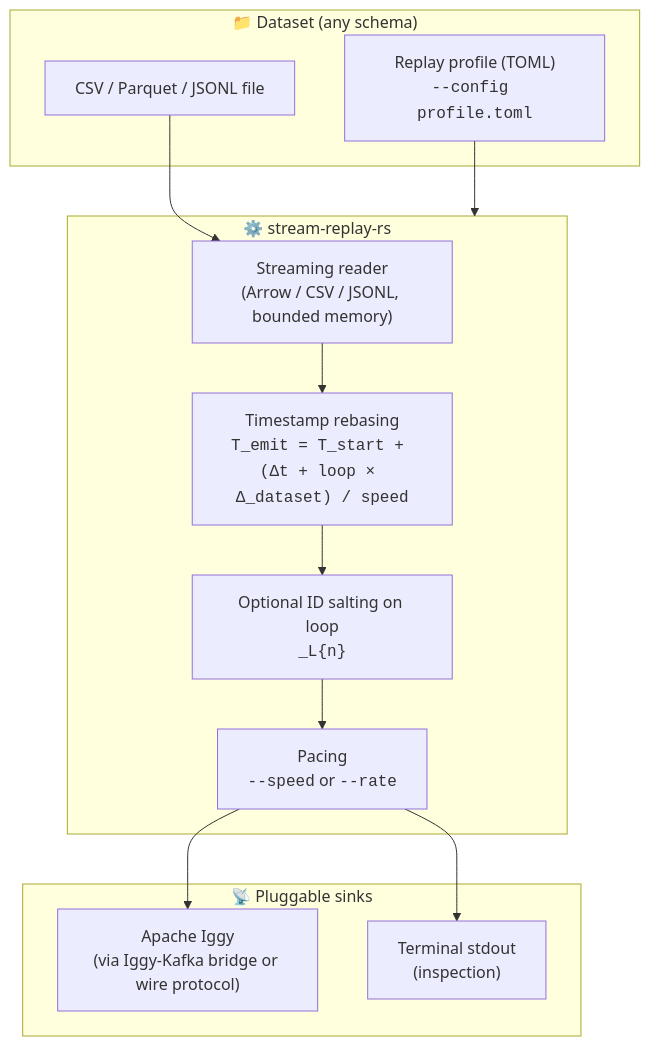
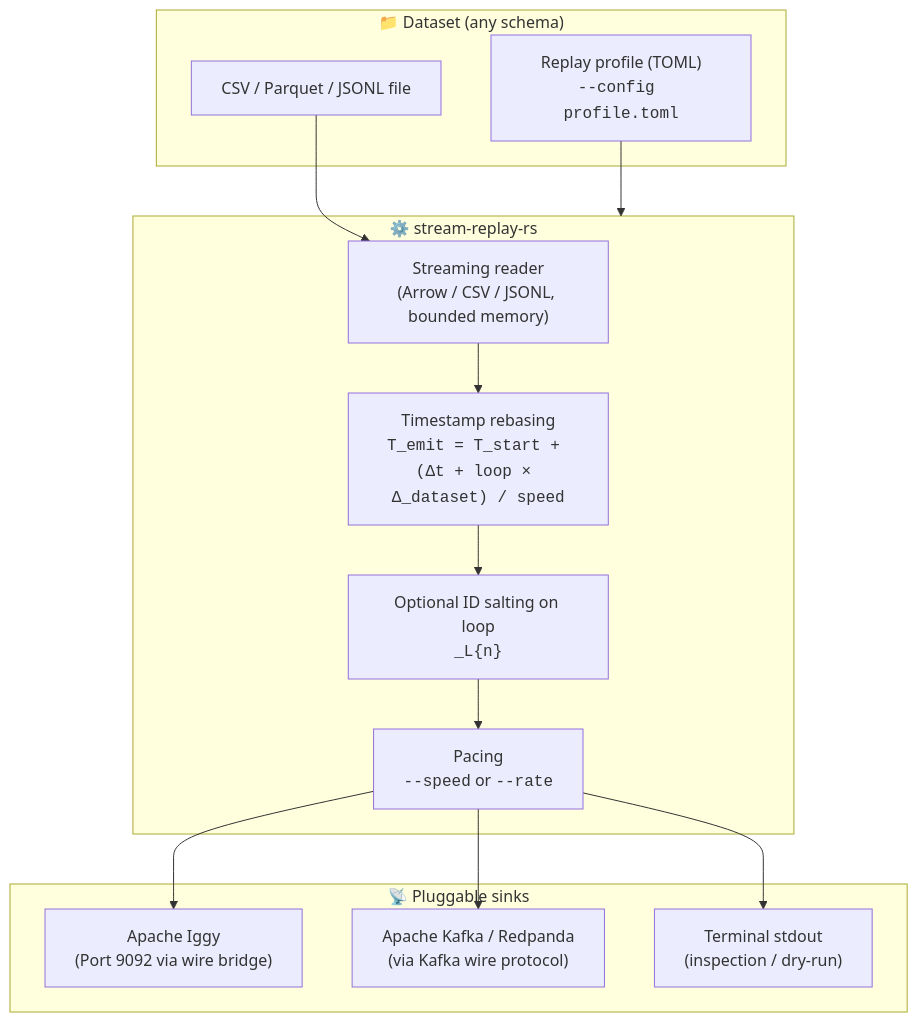
Before and after one commit to reidlai/stream-replay-rs: the diagram in README.md, drawn with Mermaid. The commit also changed other lines of this file and 4 other files, not shown here.

Commit message:
docs(sinks): document and expose iggy, kafka, and stdout sinks

````diff
--- a/README.md
+++ b/README.md
@@ -18,25 +18,27 @@
 ```mermaid
 flowchart TD
     subgraph Input ["📁 Dataset (any schema)"]
         Dataset["CSV / Parquet / JSONL file"]
         Profile["Replay profile (TOML)<br/><code>--config profile.toml</code>"]
     end
 
     subgraph Engine ["⚙️ stream-replay-rs"]
         Reader["Streaming reader<br/>(Arrow / CSV / JSONL, bounded memory)"]
         TimeEngine["Timestamp rebasing<br/><code>T_emit = T_start + (Δt + loop × Δ_dataset) / speed</code>"]
         Salter["Optional ID salting on loop<br/><code>_L{n}</code>"]
         Pacer["Pacing<br/><code>--speed</code> or <code>--rate</code>"]
     end
 
     subgraph Sinks ["📡 Pluggable sinks"]
-        Iggy["Apache Iggy<br/>(via Iggy-Kafka bridge or wire protocol)"]
-        Stdout["Terminal stdout<br/>(inspection)"]
+        Iggy["Apache Iggy<br/>(Port 9092 via wire bridge)"]
+        Kafka["Apache Kafka / Redpanda<br/>(via Kafka wire protocol)"]
+        Stdout["Terminal stdout<br/>(inspection / dry-run)"]
     end
 
     Dataset --> Reader
     Profile --> Engine
     Reader --> TimeEngine --> Salter --> Pacer
     Pacer --> Iggy
+    Pacer --> Kafka
     Pacer --> Stdout
 ```
````
